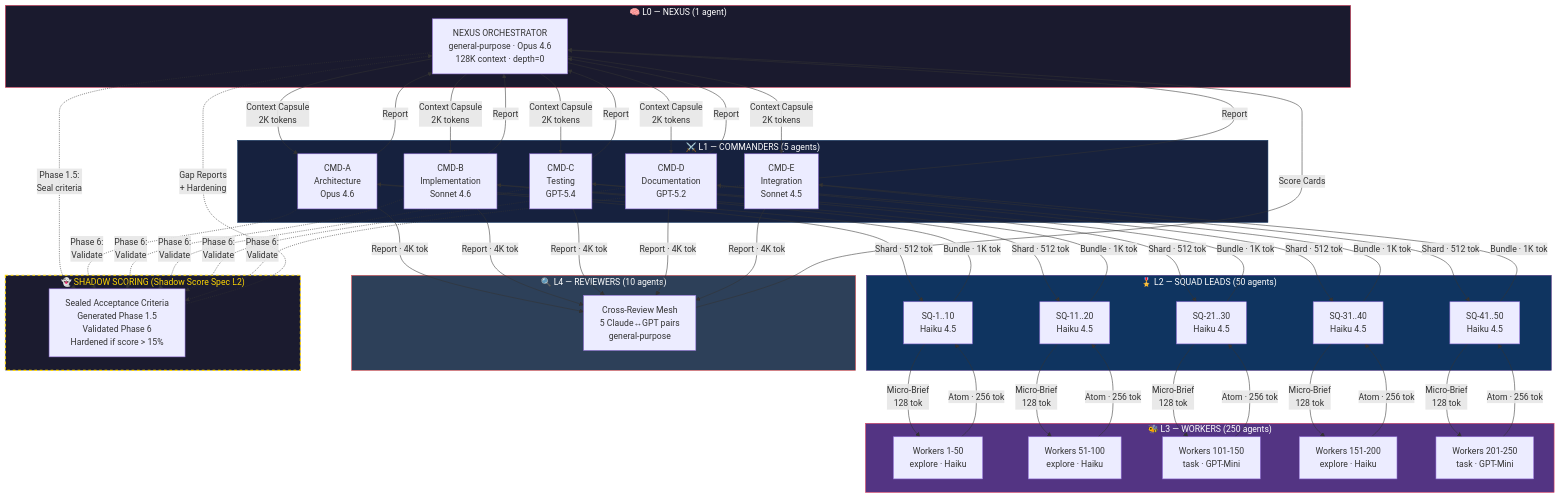
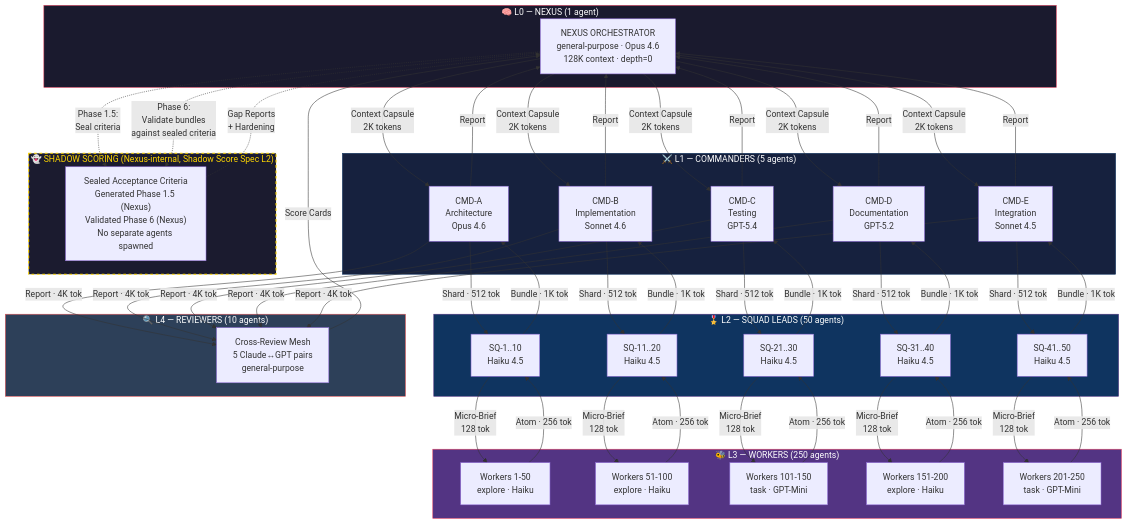
One commit to DUBSOpenHub/swarm-command changed the first of 7 diagrams in docs/architecture-diagrams.md. Above: the diagram before and after it, drawn with Mermaid. The commit also changed 8 other files, not shown here.

```diff
--- a/docs/architecture-diagrams.md
+++ b/docs/architecture-diagrams.md
@@ -36,8 +36,8 @@
         REV["Cross-Review Mesh<br/>5 Claude↔GPT pairs<br/>general-purpose"]
     end
 
-    subgraph SHADOW["👻 SHADOW SCORING (Shadow Score Spec L2)"]
-        SHD["Sealed Acceptance Criteria<br/>Generated Phase 1.5<br/>Validated Phase 6<br/>Hardened if score > 15%"]
+    subgraph SHADOW["👻 SHADOW SCORING (Nexus-internal, Shadow Score Spec L2)"]
+        SHD["Sealed Acceptance Criteria<br/>Generated Phase 1.5 (Nexus)<br/>Validated Phase 6 (Nexus)<br/>No separate agents spawned"]
     end
 
     NEXUS -->|"Context Capsule<br/>2K tokens"| CMD_A
@@ -84,11 +84,7 @@
     CMD_E -->|"Report"| NEXUS
 
     NEXUS -.->|"Phase 1.5:<br/>Seal criteria"| SHD
-    CMD_A -.->|"Phase 6:<br/>Validate"| SHD
-    CMD_B -.->|"Phase 6:<br/>Validate"| SHD
-    CMD_C -.->|"Phase 6:<br/>Validate"| SHD
-    CMD_D -.->|"Phase 6:<br/>Validate"| SHD
-    CMD_E -.->|"Phase 6:<br/>Validate"| SHD
+    NEXUS -.->|"Phase 6:<br/>Validate bundles<br/>against sealed criteria"| SHD
     SHD -.->|"Gap Reports<br/>+ Hardening"| NEXUS
 
     style L0 fill:#1a1a2e,stroke:#e94560,color:#fff
```
